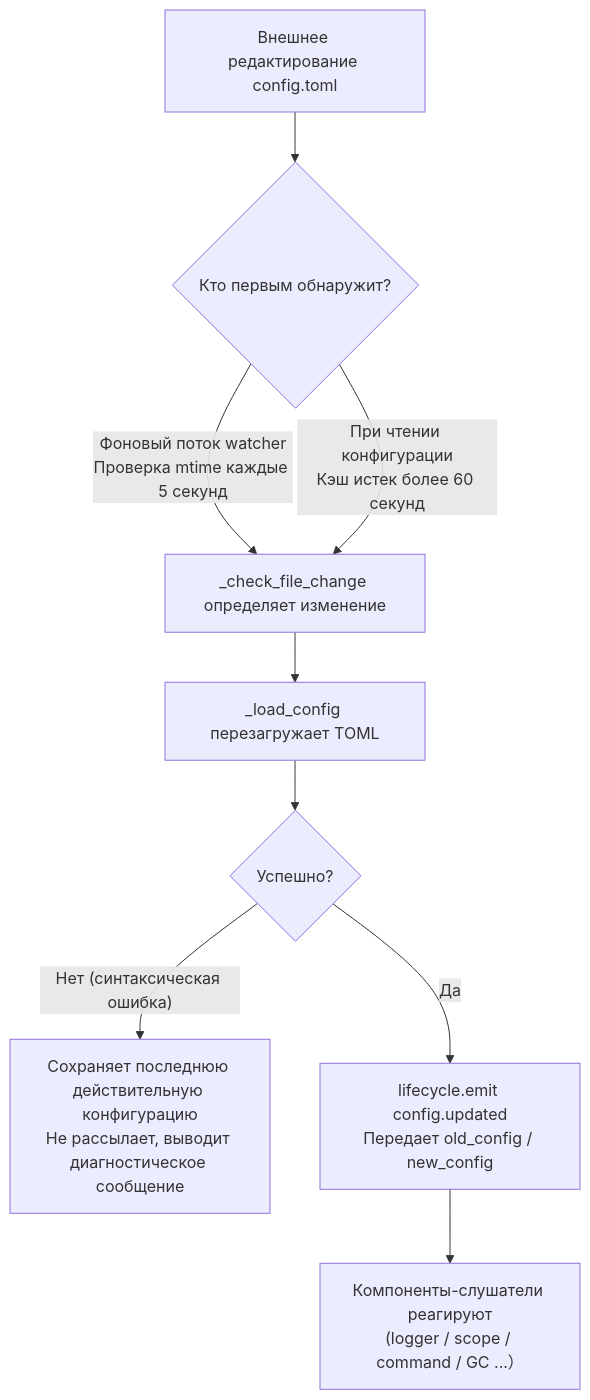
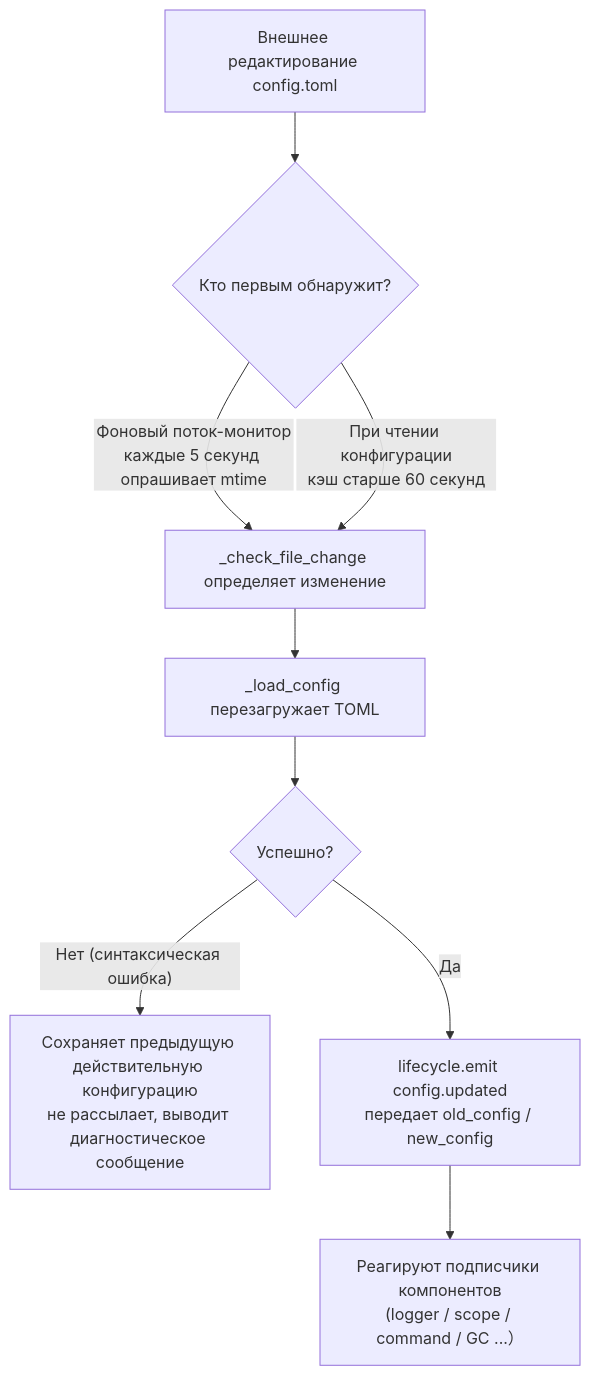
Before and after one commit to ErisPulse/ErisPulse: the diagram in docs/ru/user-guide/configuration.md, drawn with Mermaid. The commit also changed other lines of this file and 83 other files, not shown here.

````diff
--- a/docs/ru/user-guide/configuration.md
+++ b/docs/ru/user-guide/configuration.md
@@ -138,11 +143,11 @@
 ```mermaid
 flowchart TD
     A["Внешнее редактирование config.toml"] --> B{"Кто первым обнаружит?"}
-    B -->|"Фоновый поток watcher<br/>Проверка mtime каждые 5 секунд"| C["_check_file_change определяет изменение"]
-    B -->|"При чтении конфигурации<br/>Кэш истек более 60 секунд"| C
+    B -->|"Фоновый поток-монитор<br/>каждые 5 секунд опрашивает mtime"| C["_check_file_change определяет изменение"]
+    B -->|"При чтении конфигурации<br/>кэш старше 60 секунд"| C
     C --> D["_load_config перезагружает TOML"]
     D --> E{"Успешно?"}
-    E -->|"Нет (синтаксическая ошибка)"| F["Сохраняет последнюю действительную конфигурацию<br/>Не рассылает, выводит диагностическое сообщение"]
-    E -->|"Да"| G["lifecycle.emit config.updated<br/>Передает old_config / new_config"]
-    G --> H["Компоненты-слушатели реагируют<br/>(logger / scope / command / GC ...）"]
+    E -->|"Нет (синтаксическая ошибка)"| F["Сохраняет предыдущую действительную конфигурацию<br/>не рассылает, выводит диагностическое сообщение"]
+    E -->|"Да"| G["lifecycle.emit config.updated<br/>передает old_config / new_config"]
+    G --> H["Реагируют подписчики компонентов<br/>(logger / scope / command / GC ...）"]
 ```
````
